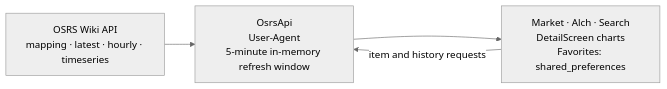
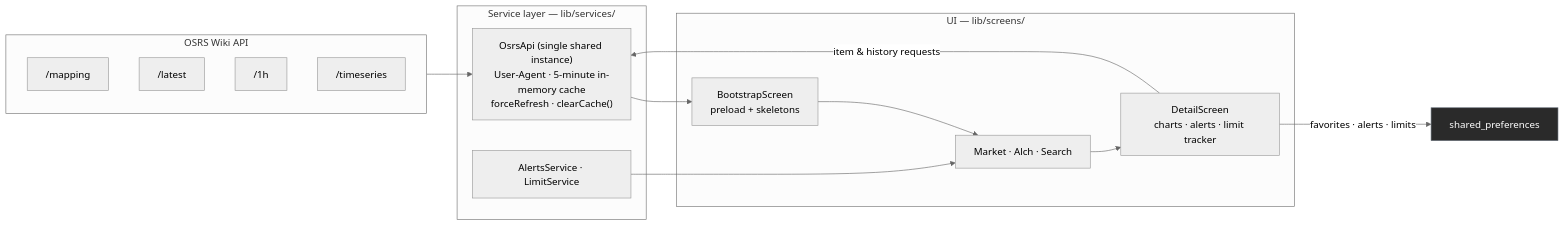
The diagram in README.md (SyberFoxx/GE_Prices), drawn with Mermaid (neutral theme) before and after one commit. The commit also changed other lines of this file, not shown here.

````diff
--- a/README.md
+++ b/README.md
@@ -44,6 +143,29 @@
 ```mermaid
 flowchart LR
-	Wiki["OSRS Wiki API<br/>mapping · latest · hourly · timeseries"] --> Service["OsrsApi<br/>User-Agent<br/>5-minute in-memory refresh window"]
-	Service --> UI["Market · Alch · Search<br/>DetailScreen charts<br/>Favorites: shared_preferences"]
-	UI -->|item and history requests| Service
+    subgraph API["OSRS Wiki API"]
+        direction TB
+        M["/mapping"]
+        L["/latest"]
+        H["/1h"]
+        T["/timeseries"]
+    end
+
+    subgraph SVC["Service layer — lib/services/"]
+        OA["OsrsApi (single shared instance)<br/>User-Agent · 5-minute in-memory cache<br/>forceRefresh · clearCache()"]
+        AS["AlertsService · LimitService"]
+    end
+
+    subgraph UI["UI — lib/screens/"]
+        BS["BootstrapScreen<br/>preload + skeletons"]
+        HOME["Market · Alch · Search"]
+        DETAIL["DetailScreen<br/>charts · alerts · limit tracker"]
+    end
+
+    API --> OA --> BS --> HOME --> DETAIL
+    AS --> HOME
+    DETAIL -->|favorites · alerts · limits| SP["shared_preferences"]
+    DETAIL -->|item & history requests| OA
+
+    classDef store fill:#2A2A2A,stroke:#6A737D,color:#fff;
+    class SP store;
 ```
````
